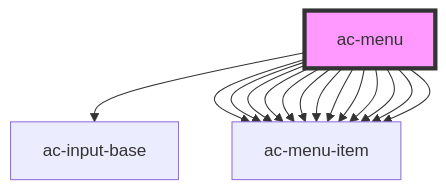
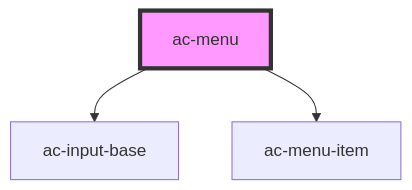
One commit to accera-tech/solar-components changed the diagram in src/components/molecules/ac-menu/readme.md. Above: the diagram before and after it, drawn with Mermaid. The commit also changed other lines of this file and 1 other file, not shown here.

Commit message:
feat(ac-autocomplete): fix auto-complete import

````diff
--- a/src/components/molecules/ac-menu/readme.md
+++ b/src/components/molecules/ac-menu/readme.md
@@ -46,18 +34,6 @@
 ```mermaid
 graph TD;
   ac-menu --> ac-input-base
   ac-menu --> ac-menu-item
-  ac-menu --> ac-menu-item
-  ac-menu --> ac-menu-item
-  ac-menu --> ac-menu-item
-  ac-menu --> ac-menu-item
-  ac-menu --> ac-menu-item
-  ac-menu --> ac-menu-item
-  ac-menu --> ac-menu-item
-  ac-menu --> ac-menu-item
-  ac-menu --> ac-menu-item
-  ac-menu --> ac-menu-item
-  ac-menu --> ac-menu-item
-  ac-menu --> ac-menu-item
   style ac-menu fill:#f9f,stroke:#333,stroke-width:4px
 ```
````
